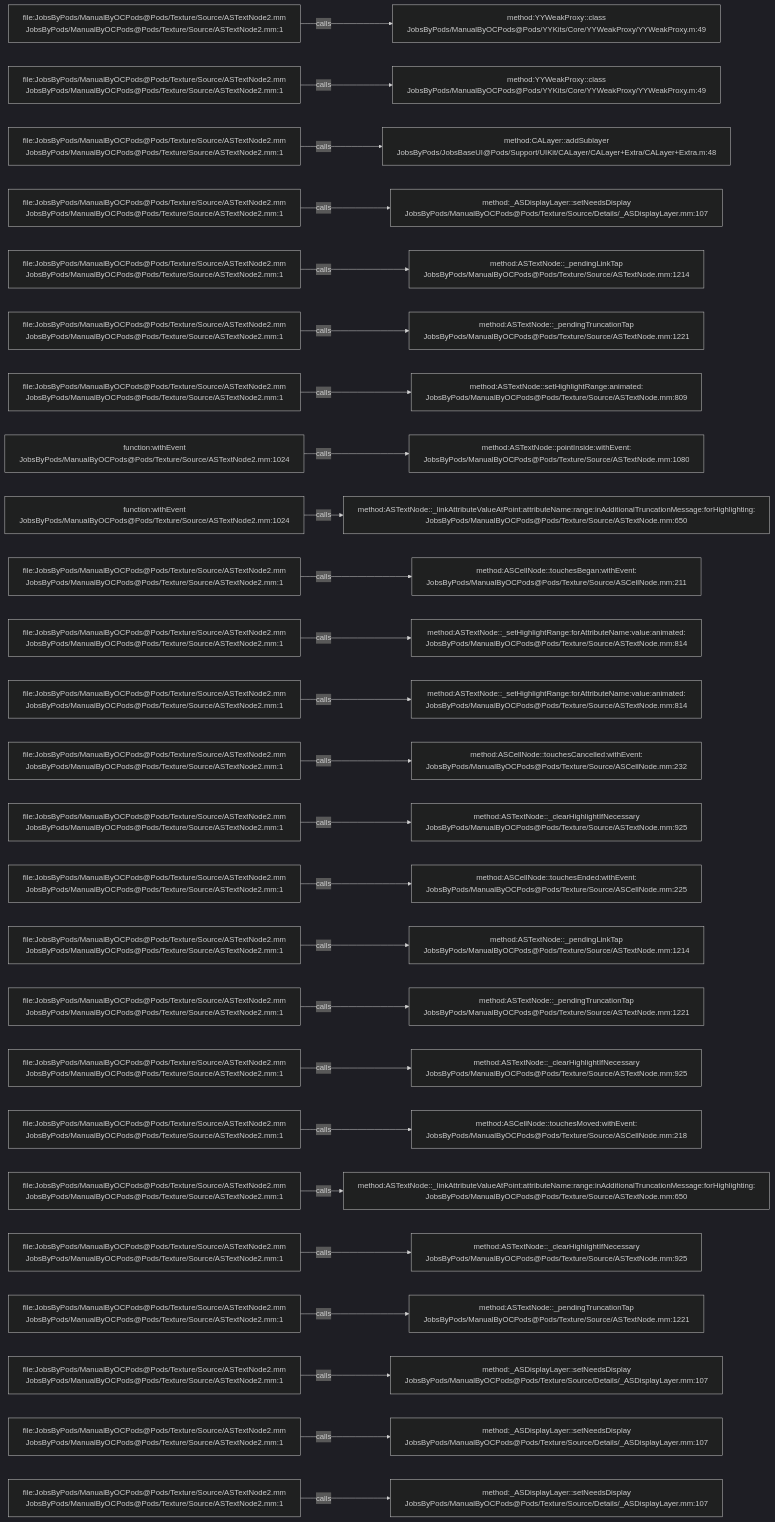
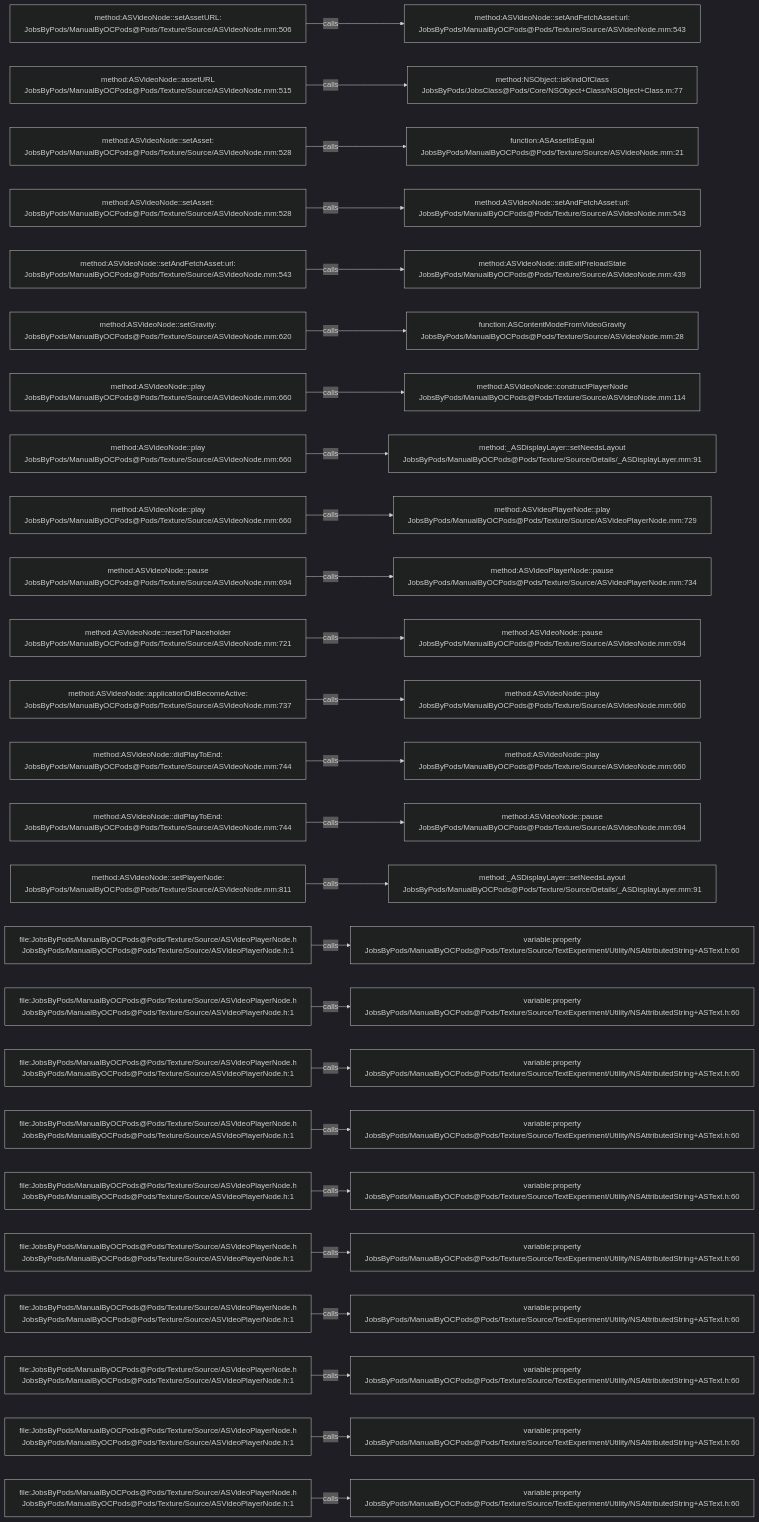
Before and after one commit to JobsKits/JobsOCBaseConfigDemo: the diagram in .codegraph/codegraph.md/graphs/calls-142.md, drawn with Mermaid (dark theme). The commit also changed 1353 other files, not shown here.

````diff
--- a/.codegraph/codegraph.md/graphs/calls-142.md
+++ b/.codegraph/codegraph.md/graphs/calls-142.md
@@ -13,78 +13,78 @@
 ```mermaid
 flowchart LR
-  S1["file:JobsByPods/ManualByOCPods@Pods/Texture/Source/ASTextNode2.mm<br/>JobsByPods/ManualByOCPods@Pods/Texture/Source/ASTextNode2.mm:1"]
-  T1["method:YYWeakProxy::class<br/>JobsByPods/ManualByOCPods@Pods/YYKits/Core/YYWeakProxy/YYWeakProxy.m:49"]
+  S1["method:ASVideoNode::setAssetURL:<br/>JobsByPods/ManualByOCPods@Pods/Texture/Source/ASVideoNode.mm:506"]
+  T1["method:ASVideoNode::setAndFetchAsset:url:<br/>JobsByPods/ManualByOCPods@Pods/Texture/Source/ASVideoNode.mm:543"]
   S1 -->|calls| T1
-  S2["file:JobsByPods/ManualByOCPods@Pods/Texture/Source/ASTextNode2.mm<br/>JobsByPods/ManualByOCPods@Pods/Texture/Source/ASTextNode2.mm:1"]
-  T2["method:YYWeakProxy::class<br/>JobsByPods/ManualByOCPods@Pods/YYKits/Core/YYWeakProxy/YYWeakProxy.m:49"]
+  S2["method:ASVideoNode::assetURL<br/>JobsByPods/ManualByOCPods@Pods/Texture/Source/ASVideoNode.mm:515"]
+  T2["method:NSObject::isKindOfClass<br/>JobsByPods/JobsClass@Pods/Core/NSObject+Class/NSObject+Class.m:77"]
   S2 -->|calls| T2
-  S3["file:JobsByPods/ManualByOCPods@Pods/Texture/Source/ASTextNode2.mm<br/>JobsByPods/ManualByOCPods@Pods/Texture/Source/ASTextNode2.mm:1"]
-  T3["method:CALayer::addSublayer<br/>JobsByPods/JobsBaseUI@Pods/Support/UIKit/CALayer/CALayer+Extra/CALayer+Extra.m:48"]
+  S3["method:ASVideoNode::setAsset:<br/>JobsByPods/ManualByOCPods@Pods/Texture/Source/ASVideoNode.mm:528"]
+  T3["function:ASAssetIsEqual<br/>JobsByPods/ManualByOCPods@Pods/Texture/Source/ASVideoNode.mm:21"]
   S3 -->|calls| T3
-  S4["file:JobsByPods/ManualByOCPods@Pods/Texture/Source/ASTextNode2.mm<br/>JobsByPods/ManualByOCPods@Pods/Texture/Source/ASTextNode2.mm:1"]
-  T4["method:_ASDisplayLayer::setNeedsDisplay<br/>JobsByPods/ManualByOCPods@Pods/Texture/Source/Details/_ASDisplayLayer.mm:107"]
+  S4["method:ASVideoNode::setAsset:<br/>JobsByPods/ManualByOCPods@Pods/Texture/Source/ASVideoNode.mm:528"]
+  T4["method:ASVideoNode::setAndFetchAsset:url:<br/>JobsByPods/ManualByOCPods@Pods/Texture/Source/ASVideoNode.mm:543"]
   S4 -->|calls| T4
-  S5["file:JobsByPods/ManualByOCPods@Pods/Texture/Source/ASTextNode2.mm<br/>JobsByPods/ManualByOCPods@Pods/Texture/Source/ASTextNode2.mm:1"]
-  T5["method:ASTextNode::_pendingLinkTap<br/>JobsByPods/ManualByOCPods@Pods/Texture/Source/ASTextNode.mm:1214"]
+  S5["method:ASVideoNode::setAndFetchAsset:url:<br/>JobsByPods/ManualByOCPods@Pods/Texture/Source/ASVideoNode.mm:543"]
+  T5["method:ASVideoNode::didExitPreloadState<br/>JobsByPods/ManualByOCPods@Pods/Texture/Source/ASVideoNode.mm:439"]
   S5 -->|calls| T5
-  S6["file:JobsByPods/ManualByOCPods@Pods/Texture/Source/ASTextNode2.mm<br/>JobsByPods/ManualByOCPods@Pods/Texture/Source/ASTextNode2.mm:1"]
-  T6["method:ASTextNode::_pendingTruncationTap<br/>JobsByPods/ManualByOCPods@Pods/Texture/Source/ASTextNode.mm:1221"]
+  S6["method:ASVideoNode::setGravity:<br/>JobsByPods/ManualByOCPods@Pods/Texture/Source/ASVideoNode.mm:620"]
+  T6["function:ASContentModeFromVideoGravity<br/>JobsByPods/ManualByOCPods@Pods/Texture/Source/ASVideoNode.mm:28"]
   S6 -->|calls| T6
-  S7["file:JobsByPods/ManualByOCPods@Pods/Texture/Source/ASTextNode2.mm<br/>JobsByPods/ManualByOCPods@Pods/Texture/Source/ASTextNode2.mm:1"]
-  T7["method:ASTextNode::setHighlightRange:animated:<br/>JobsByPods/ManualByOCPods@Pods/Texture/Source/ASTextNode.mm:809"]
+  S7["method:ASVideoNode::play<br/>JobsByPods/ManualByOCPods@Pods/Texture/Source/ASVideoNode.mm:660"]
+  T7["method:ASVideoNode::constructPlayerNode<br/>JobsByPods/ManualByOCPods@Pods/Texture/Source/ASVideoNode.mm:114"]
   S7 -->|calls| T7
-  S8["function:withEvent<br/>JobsByPods/ManualByOCPods@Pods/Texture/Source/ASTextNode2.mm:1024"]
-  T8["method:ASTextNode::pointInside:withEvent:<br/>JobsByPods/ManualByOCPods@Pods/Texture/Source/ASTextNode.mm:1080"]
+  S8["method:ASVideoNode::play<br/>JobsByPods/ManualByOCPods@Pods/Texture/Source/ASVideoNode.mm:660"]
+  T8["method:_ASDisplayLayer::setNeedsLayout<br/>JobsByPods/ManualByOCPods@Pods/Texture/Source/Details/_ASDisplayLayer.mm:91"]
   S8 -->|calls| T8
-  S9["function:withEvent<br/>JobsByPods/ManualByOCPods@Pods/Texture/Source/ASTextNode2.mm:1024"]
-  T9["method:ASTextNode::_linkAttributeValueAtPoint:attributeName:range:inAdditionalTruncationMessage:forHighlighting:<br/>JobsByPods/ManualByOCPods@Pods/Texture/Source/ASTextNode.mm:650"]
+  S9["method:ASVideoNode::play<br/>JobsByPods/ManualByOCPods@Pods/Texture/Source/ASVideoNode.mm:660"]
+  T9["method:ASVideoPlayerNode::play<br/>JobsByPods/ManualByOCPods@Pods/Texture/Source/ASVideoPlayerNode.mm:729"]
   S9 -->|calls| T9
-  S10["file:JobsByPods/ManualByOCPods@Pods/Texture/Source/ASTextNode2.mm<br/>JobsByPods/ManualByOCPods@Pods/Texture/Source/ASTextNode2.mm:1"]
-  T10["method:ASCellNode::touchesBegan:withEvent:<br/>JobsByPods/ManualByOCPods@Pods/Texture/Source/ASCellNode.mm:211"]
+  S10["method:ASVideoNode::pause<br/>JobsByPods/ManualByOCPods@Pods/Texture/Source/ASVideoNode.mm:694"]
+  T10["method:ASVideoPlayerNode::pause<br/>JobsByPods/ManualByOCPods@Pods/Texture/Source/ASVideoPlayerNode.mm:734"]
   S10 -->|calls| T10
-  S11["file:JobsByPods/ManualByOCPods@Pods/Texture/Source/ASTextNode2.mm<br/>JobsByPods/ManualByOCPods@Pods/Texture/Source/ASTextNode2.mm:1"]
-  T11["method:ASTextNode::_setHighlightRange:forAttributeName:value:animated:<br/>JobsByPods/ManualByOCPods@Pods/Texture/Source/ASTextNode.mm:814"]
+  S11["method:ASVideoNode::resetToPlaceholder<br/>JobsByPods/ManualByOCPods@Pods/Texture/Source/ASVideoNode.mm:721"]
+  T11["method:ASVideoNode::pause<br/>JobsByPods/ManualByOCPods@Pods/Texture/Source/ASVideoNode.mm:694"]
   S11 -->|calls| T11
-  S12["file:JobsByPods/ManualByOCPods@Pods/Texture/Source/ASTextNode2.mm<br/>JobsByPods/ManualByOCPods@Pods/Texture/Source/ASTextNode2.mm:1"]
-  T12["method:ASTextNode::_setHighlightRange:forAttributeName:value:animated:<br/>JobsByPods/ManualByOCPods@Pods/Texture/Source/ASTextNode.mm:814"]
+  S12["method:ASVideoNode::applicationDidBecomeActive:<br/>JobsByPods/ManualByOCPods@Pods/Texture/Source/ASVideoNode.mm:737"]
+  T12["method:ASVideoNode::play<br/>JobsByPods/ManualByOCPods@Pods/Texture/Source/ASVideoNode.mm:660"]
   S12 -->|calls| T12
-  S13["file:JobsByPods/ManualByOCPods@Pods/Texture/Source/ASTextNode2.mm<br/>JobsByPods/ManualByOCPods@Pods/Texture/Source/ASTextNode2.mm:1"]
-  T13["method:ASCellNode::touchesCancelled:withEvent:<br/>JobsByPods/ManualByOCPods@Pods/Texture/Source/ASCellNode.mm:232"]
+  S13["method:ASVideoNode::didPlayToEnd:<br/>JobsByPods/ManualByOCPods@Pods/Texture/Source/ASVideoNode.mm:744"]
+  T13["method:ASVideoNode::play<br/>JobsByPods/ManualByOCPods@Pods/Texture/Source/ASVideoNode.mm:660"]
   S13 -->|calls| T13
-  S14["file:JobsByPods/ManualByOCPods@Pods/Texture/Source/ASTextNode2.mm<br/>JobsByPods/ManualByOCPods@Pods/Texture/Source/ASTextNode2.mm:1"]
-  T14["method:ASTextNode::_clearHighlightIfNecessary<br/>JobsByPods/ManualByOCPods@Pods/Texture/Source/ASTextNode.mm:925"]
+  S14["method:ASVideoNode::didPlayToEnd:<br/>JobsByPods/ManualByOCPods@Pods/Texture/Source/ASVideoNode.mm:744"]
+  T14["method:ASVideoNode::pause<br/>JobsByPods/ManualByOCPods@Pods/Texture/Source/ASVideoNode.mm:694"]
   S14 -->|calls| T14
-  S15["file:JobsByPods/ManualByOCPods@Pods/Texture/Source/ASTextNode2.mm<br/>JobsByPods/ManualByOCPods@Pods/Texture/Source/ASTextNode2.mm:1"]
-  T15["method:ASCellNode::touchesEnded:withEvent:<br/>JobsByPods/ManualByOCPods@Pods/Texture/Source/ASCellNode.mm:225"]
+  S15["method:ASVideoNode::setPlayerNode:<br/>JobsByPods/ManualByOCPods@Pods/Texture/Source/ASVideoNode.mm:811"]
+  T15["method:_ASDisplayLayer::setNeedsLayout<br/>JobsByPods/ManualByOCPods@Pods/Texture/Source/Details/_ASDisplayLayer.mm:91"]
   S15 -->|calls| T15
-  S16["file:JobsByPods/ManualByOCPods@Pods/Texture/Source/ASTextNode2.mm<br/>JobsByPods/ManualByOCPods@Pods/Texture/Source/ASTextNode2.mm:1"]
-  T16["method:ASTextNode::_pendingLinkTap<br/>JobsByPods/ManualByOCPods@Pods/Texture/Source/ASTextNode.mm:1214"]
+  S16["file:JobsByPods/ManualByOCPods@Pods/Texture/Source/ASVideoPlayerNode.h<br/>JobsByPods/ManualByOCPods@Pods/Texture/Source/ASVideoPlayerNode.h:1"]
+  T16["variable:property<br/>JobsByPods/ManualByOCPods@Pods/Texture/Source/TextExperiment/Utility/NSAttributedString+ASText.h:60"]
   S16 -->|calls| T16
-  S17["file:JobsByPods/ManualByOCPods@Pods/Texture/Source/ASTextNode2.mm<br/>JobsByPods/ManualByOCPods@Pods/Texture/Source/ASTextNode2.mm:1"]
-  T17["method:ASTextNode::_pendingTruncationTap<br/>JobsByPods/ManualByOCPods@Pods/Texture/Source/ASTextNode.mm:1221"]
+  S17["file:JobsByPods/ManualByOCPods@Pods/Texture/Source/ASVideoPlayerNode.h<br/>JobsByPods/ManualByOCPods@Pods/Texture/Source/ASVideoPlayerNode.h:1"]
+  T17["variable:property<br/>JobsByPods/ManualByOCPods@Pods/Texture/Source/TextExperiment/Utility/NSAttributedString+ASText.h:60"]
   S17 -->|calls| T17
-  S18["file:JobsByPods/ManualByOCPods@Pods/Texture/Source/ASTextNode2.mm<br/>JobsByPods/ManualByOCPods@Pods/Texture/Source/ASTextNode2.mm:1"]
-  T18["method:ASTextNode::_clearHighlightIfNecessary<br/>JobsByPods/ManualByOCPods@Pods/Texture/Source/ASTextNode.mm:925"]
+  S18["file:JobsByPods/ManualByOCPods@Pods/Texture/Source/ASVideoPlayerNode.h<br/>JobsByPods/ManualByOCPods@Pods/Texture/Source/ASVideoPlayerNode.h:1"]
+  T18["variable:property<br/>JobsByPods/ManualByOCPods@Pods/Texture/Source/TextExperiment/Utility/NSAttributedString+ASText.h:60"]
   S18 -->|calls| T18
-  S19["file:JobsByPods/ManualByOCPods@Pods/Texture/Source/ASTextNode2.mm<br/>JobsByPods/ManualByOCPods@Pods/Texture/Source/ASTextNode2.mm:1"]
-  T19["method:ASCellNode::touchesMoved:withEvent:<br/>JobsByPods/ManualByOCPods@Pods/Texture/Source/ASCellNode.mm:218"]
+  S19["file:JobsByPods/ManualByOCPods@Pods/Texture/Source/ASVideoPlayerNode.h<br/>JobsByPods/ManualByOCPods@Pods/Texture/Source/ASVideoPlayerNode.h:1"]
+  T19["variable:property<br/>JobsByPods/ManualByOCPods@Pods/Texture/Source/TextExperiment/Utility/NSAttributedString+ASText.h:60"]
   S19 -->|calls| T19
-  S20["file:JobsByPods/ManualByOCPods@Pods/Texture/Source/ASTextNode2.mm<br/>JobsByPods/ManualByOCPods@Pods/Texture/Source/ASTextNode2.mm:1"]
-  T20["method:ASTextNode::_linkAttributeValueAtPoint:attributeName:range:inAdditionalTruncationMessage:forHighlighting:<br/>JobsByPods/ManualByOCPods@Pods/Texture/Source/ASTextNode.mm:650"]
+  S20["file:JobsByPods/ManualByOCPods@Pods/Texture/Source/ASVideoPlayerNode.h<br/>JobsByPods/ManualByOCPods@Pods/Texture/Source/ASVideoPlayerNode.h:1"]
+  T20["variable:property<br/>JobsByPods/ManualByOCPods@Pods/Texture/Source/TextExperiment/Utility/NSAttributedString+ASText.h:60"]
   S20 -->|calls| T20
-  S21["file:JobsByPods/ManualByOCPods@Pods/Texture/Source/ASTextNode2.mm<br/>JobsByPods/ManualByOCPods@Pods/Texture/Source/ASTextNode2.mm:1"]
-  T21["method:ASTextNode::_clearHighlightIfNecessary<br/>JobsByPods/ManualByOCPods@Pods/Texture/Source/ASTextNode.mm:925"]
+  S21["file:JobsByPods/ManualByOCPods@Pods/Texture/Source/ASVideoPlayerNode.h<br/>JobsByPods/ManualByOCPods@Pods/Texture/Source/ASVideoPlayerNode.h:1"]
+  T21["variable:property<br/>JobsByPods/ManualByOCPods@Pods/Texture/Source/TextExperiment/Utility/NSAttributedString+ASText.h:60"]
   S21 -->|calls| T21
-  S22["file:JobsByPods/ManualByOCPods@Pods/Texture/Source/ASTextNode2.mm<br/>JobsByPods/ManualByOCPods@Pods/Texture/Source/ASTextNode2.mm:1"]
-  T22["method:ASTextNode::_pendingTruncationTap<br/>JobsByPods/ManualByOCPods@Pods/Texture/Source/ASTextNode.mm:1221"]
+  S22["file:JobsByPods/ManualByOCPods@Pods/Texture/Source/ASVideoPlayerNode.h<br/>JobsByPods/ManualByOCPods@Pods/Texture/Source/ASVideoPlayerNode.h:1"]
+  T22["variable:property<br/>JobsByPods/ManualByOCPods@Pods/Texture/Source/TextExperiment/Utility/NSAttributedString+ASText.h:60"]
   S22 -->|calls| T22
-  S23["file:JobsByPods/ManualByOCPods@Pods/Texture/Source/ASTextNode2.mm<br/>JobsByPods/ManualByOCPods@Pods/Texture/Source/ASTextNode2.mm:1"]
-  T23["method:_ASDisplayLayer::setNeedsDisplay<br/>JobsByPods/ManualByOCPods@Pods/Texture/Source/Details/_ASDisplayLayer.mm:107"]
+  S23["file:JobsByPods/ManualByOCPods@Pods/Texture/Source/ASVideoPlayerNode.h<br/>JobsByPods/ManualByOCPods@Pods/Texture/Source/ASVideoPlayerNode.h:1"]
+  T23["variable:property<br/>JobsByPods/ManualByOCPods@Pods/Texture/Source/TextExperiment/Utility/NSAttributedString+ASText.h:60"]
   S23 -->|calls| T23
-  S24["file:JobsByPods/ManualByOCPods@Pods/Texture/Source/ASTextNode2.mm<br/>JobsByPods/ManualByOCPods@Pods/Texture/Source/ASTextNode2.mm:1"]
-  T24["method:_ASDisplayLayer::setNeedsDisplay<br/>JobsByPods/ManualByOCPods@Pods/Texture/Source/Details/_ASDisplayLayer.mm:107"]
+  S24["file:JobsByPods/ManualByOCPods@Pods/Texture/Source/ASVideoPlayerNode.h<br/>JobsByPods/ManualByOCPods@Pods/Texture/Source/ASVideoPlayerNode.h:1"]
+  T24["variable:property<br/>JobsByPods/ManualByOCPods@Pods/Texture/Source/TextExperiment/Utility/NSAttributedString+ASText.h:60"]
   S24 -->|calls| T24
-  S25["file:JobsByPods/ManualByOCPods@Pods/Texture/Source/ASTextNode2.mm<br/>JobsByPods/ManualByOCPods@Pods/Texture/Source/ASTextNode2.mm:1"]
-  T25["method:_ASDisplayLayer::setNeedsDisplay<br/>JobsByPods/ManualByOCPods@Pods/Texture/Source/Details/_ASDisplayLayer.mm:107"]
+  S25["file:JobsByPods/ManualByOCPods@Pods/Texture/Source/ASVideoPlayerNode.h<br/>JobsByPods/ManualByOCPods@Pods/Texture/Source/ASVideoPlayerNode.h:1"]
+  T25["variable:property<br/>JobsByPods/ManualByOCPods@Pods/Texture/Source/TextExperiment/Utility/NSAttributedString+ASText.h:60"]
   S25 -->|calls| T25
 ```
````
